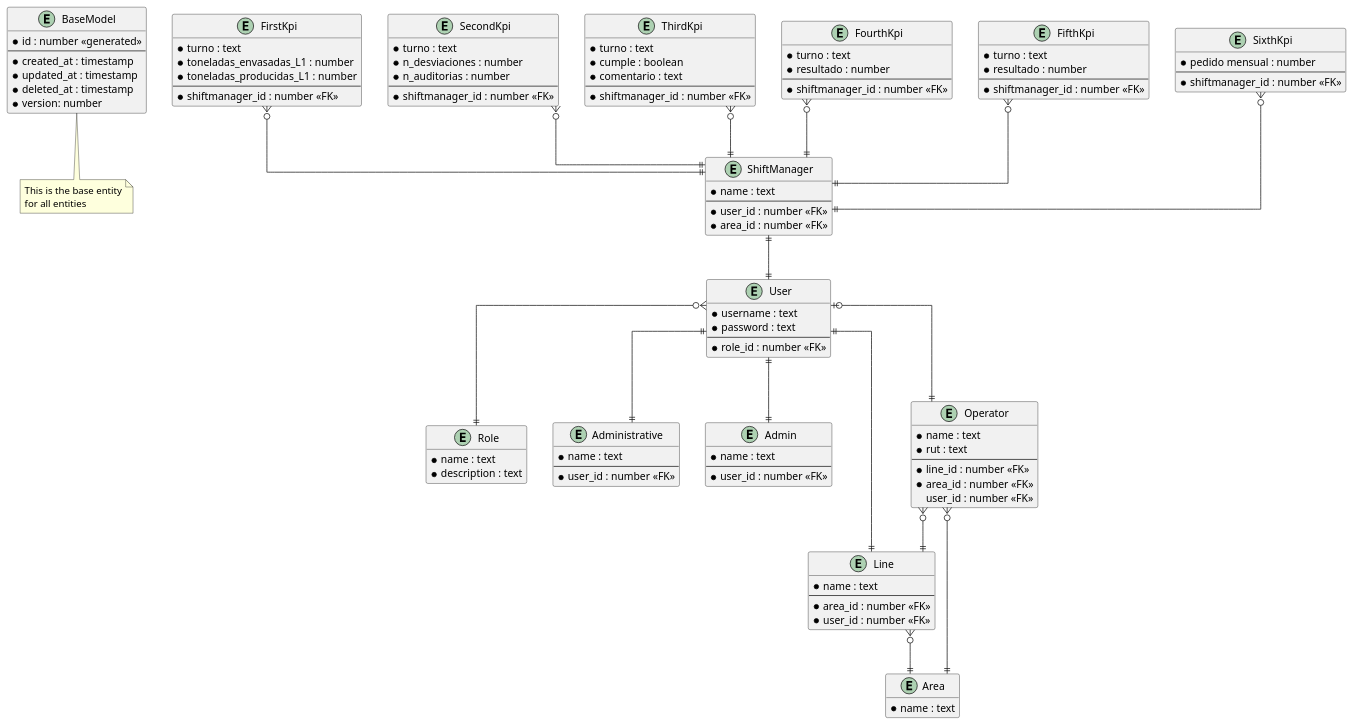
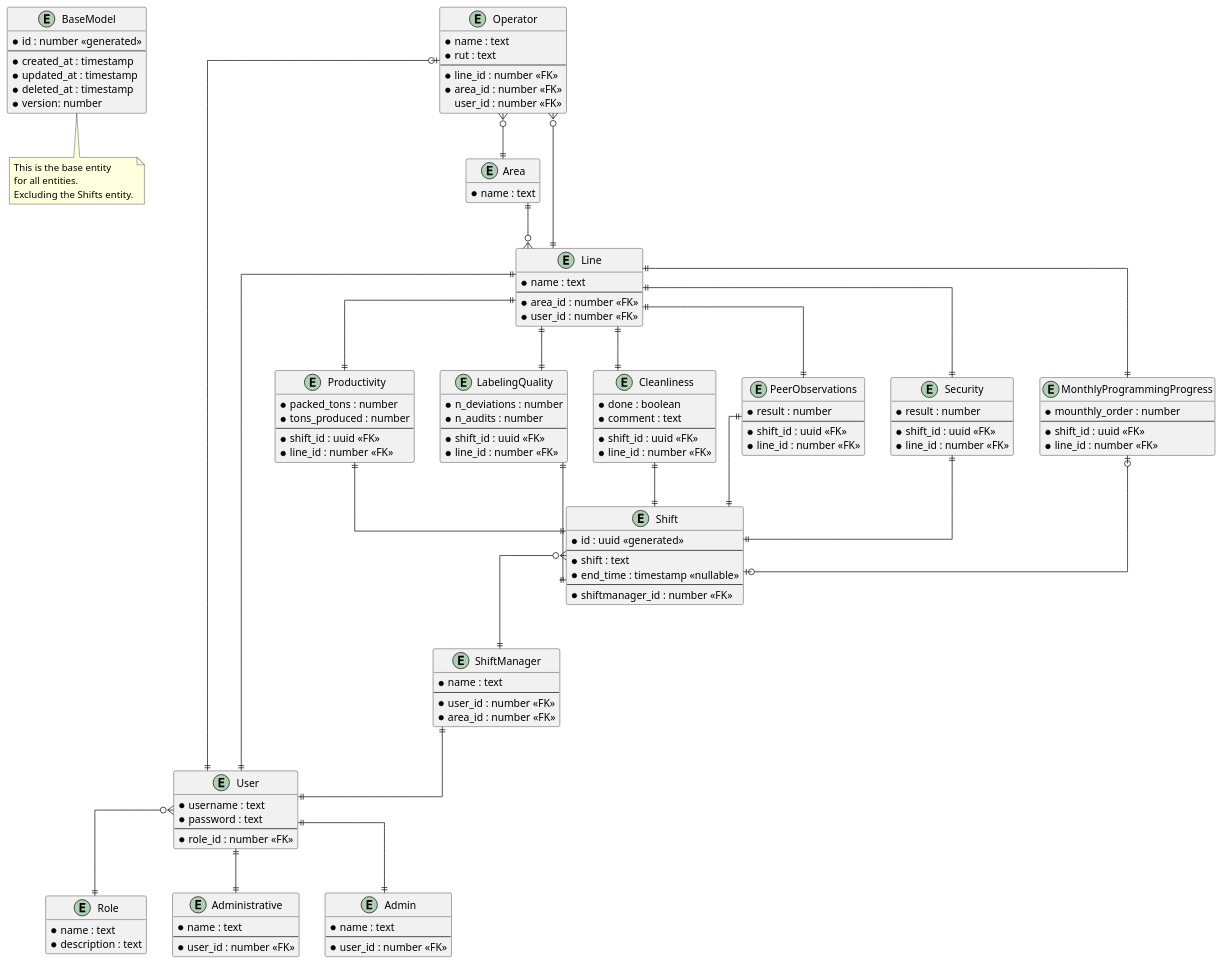
Before and after one commit to BastiancitosJr/new-laravel-api: the diagram in docs/ER.puml, drawn with PlantUML.

Commit message:
feat: ER model initial version

```diff
--- a/docs/ER.puml
+++ b/docs/ER.puml
@@ -1,135 +1,161 @@
 @startuml ER-Diagram
 hide empty methods
 skinparam linetype ortho
 
 
 entity BaseModel {
     * id : number <<generated>>
     --
     * created_at : timestamp
     * updated_at : timestamp
     * deleted_at : timestamp
     * version: number
 }
 
 entity Role {
     * name : text
     * description : text
 }
 
 entity User {
     * username : text
     * password : text
     --
     * role_id : number <<FK>>
 }
 
 entity Administrative {
     * name : text
     --
     * user_id : number <<FK>>
 }
 
 entity Admin {
     * name : text
     --
     * user_id : number <<FK>>
 }
 
 entity ShiftManager {
     * name : text
     --
     * user_id : number <<FK>>
     * area_id : number <<FK>>
 }
 
 
 entity Area {
     * name : text
 }
 
 entity Line {
     * name : text
     --
     * area_id : number <<FK>>
     * user_id : number <<FK>>
 }
 
 entity Operator {
     * name : text
     * rut : text
     --
     * line_id : number <<FK>>
     * area_id : number <<FK>>
     user_id : number <<FK>>
 }
 
-entity FirstKpi {
-    * turno : text
-    * toneladas_envasadas_L1 : number
-    * toneladas_producidas_L1 : number
+entity Productivity {
+    * packed_tons : number
+    * tons_produced : number
     --
-    * shiftmanager_id : number <<FK>>
+    * shift_id : uuid <<FK>>
+    * line_id : number <<FK>>
 }
 
-entity SecondKpi {
-    * turno : text
-    * n_desviaciones : number
-    * n_auditorias : number
+entity LabelingQuality {
+    * n_deviations : number
+    * n_audits : number
     --
-    * shiftmanager_id : number <<FK>>
+    * shift_id : uuid <<FK>>
+    * line_id : number <<FK>>
 }
 
-entity ThirdKpi {
-    * turno : text
-    * cumple : boolean
-    * comentario : text
+entity Cleanliness {
+    * done : boolean
+    * comment : text
     --
-    * shiftmanager_id : number <<FK>>
+    * shift_id : uuid <<FK>>
+    * line_id : number <<FK>>
 }
 
-entity FourthKpi {
-    * turno : text
-    * resultado : number
+entity PeerObservations {
+    * result : number
     --
-    * shiftmanager_id : number <<FK>>
+    * shift_id : uuid <<FK>>
+    * line_id : number <<FK>>
 }
 
-entity FifthKpi {
-    * turno : text
-    * resultado : number
+entity Security {
+    * result : number
     --
-    * shiftmanager_id : number <<FK>>
+    * shift_id : uuid <<FK>>
+    * line_id : number <<FK>>
 }
 
-entity SixthKpi {
-    * pedido mensual : number
+entity MonthlyProgrammingProgress {
+    * mounthly_order : number
+    --
+    * shift_id : uuid <<FK>>
+    * line_id : number <<FK>>
+}
+
+entity Shift{
+    * id : uuid <<generated>>
+    --
+    * shift : text
+    * end_time : timestamp <<nullable>>
     --
     * shiftmanager_id : number <<FK>>
 }
 
 note bottom of BaseModel
     This is the base entity
-    for all entities
+    for all entities.
+    Excluding the Shifts entity.
 end note
 
-User ||--|| Line
+Line ||--|| User
 User ||--|| Administrative
 User ||--|| Admin
 ShiftManager ||--|| User
-User |o--|| Operator
+Operator |o--|| User
 User }o--|| Role
 Operator }o--|| Line
 Operator }o--|| Area
-Line }o--|| Area
+Area ||--o{ Line
 
-FirstKpi }o--|| ShiftManager
-SecondKpi }o--|| ShiftManager
-ThirdKpi }o--|| ShiftManager
-FourthKpi }o--|| ShiftManager
-FifthKpi }o--|| ShiftManager
-SixthKpi }o--|| ShiftManager
+' Productivity }o--|| ShiftManager
+' LabelingQuality }o--|| ShiftManager
+' Cleanliness }o--|| ShiftManager
+' PeerObservations }o--|| ShiftManager
+' Security }o--|| ShiftManager
+' MonthlyProgrammingProgress }o--|| ShiftManager
 
+Shift }o--|| ShiftManager
+
+Productivity ||--|| Shift
+LabelingQuality ||--|| Shift
+Cleanliness ||--|| Shift
+PeerObservations ||--|| Shift
+Security ||--|| Shift
+MonthlyProgrammingProgress |o--o| Shift
+
+Line ||--|| Productivity
+Line ||--|| LabelingQuality
+Line ||--|| Cleanliness
+Line ||--|| PeerObservations
+Line ||--|| Security
+Line ||--|| MonthlyProgrammingProgress
 
 
 @enduml
```
